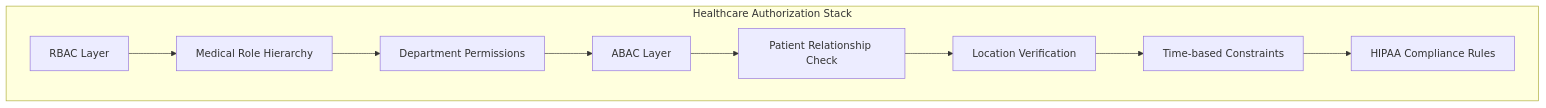
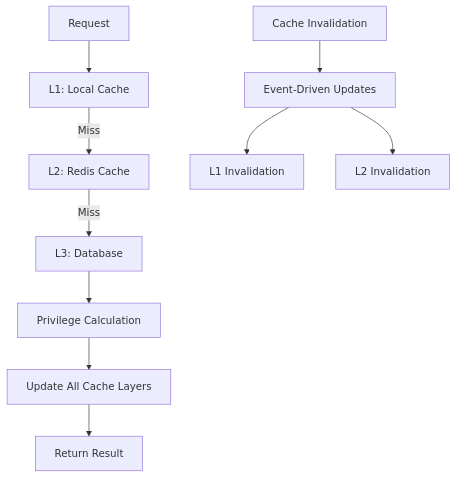
One commit to shayne007/blog changed the third of 4 diagrams in source/_posts/Design-Privilege-Systems-RBAC-ABAC-Integration-Guide.md. Above: the diagram before and after it, drawn with Mermaid. The commit also changed other lines of this file, not shown here.

Commit message:
update rbac privilege

```diff
--- a/source/_posts/Design-Privilege-Systems-RBAC-ABAC-Integration-Guide.md
+++ b/source/_posts/Design-Privilege-Systems-RBAC-ABAC-Integration-Guide.md
@@ -578,11 +170,12 @@
-{% mermaid graph TB %}
-    subgraph "Healthcare Authorization Stack"
-        A[RBAC Layer] --> B[Medical Role Hierarchy]
-        B --> C[Department Permissions]
-        C --> D[ABAC Layer]
-        D --> E[Patient Relationship Check]
-        E --> F[Location Verification]
-        F --> G[Time-based Constraints]
-        G --> H[HIPAA Compliance Rules]
-    end
+{% mermaid flowchart TD %}
+    A[Request] --> B[L1: Local Cache]
+    B -->|Miss| C[L2: Redis Cache]
+    C -->|Miss| D[L3: Database]
+    D --> E[Privilege Calculation]
+    E --> F[Update All Cache Layers]
+    F --> G[Return Result]
+    
+    H[Cache Invalidation] --> I[Event-Driven Updates]
+    I --> J[L1 Invalidation]
+    I --> K[L2 Invalidation]
 {% endmermaid %}
```
